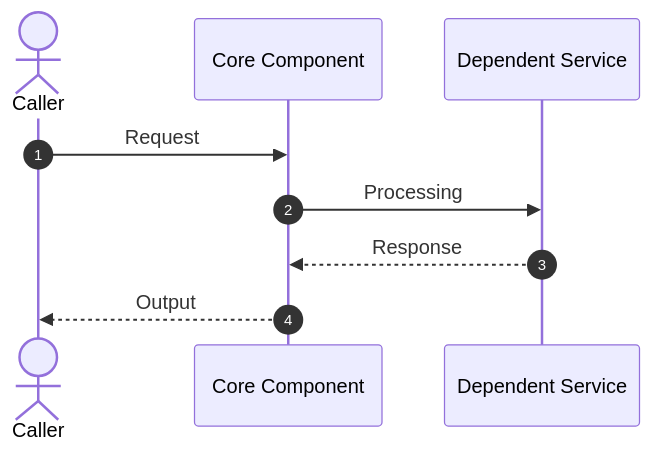
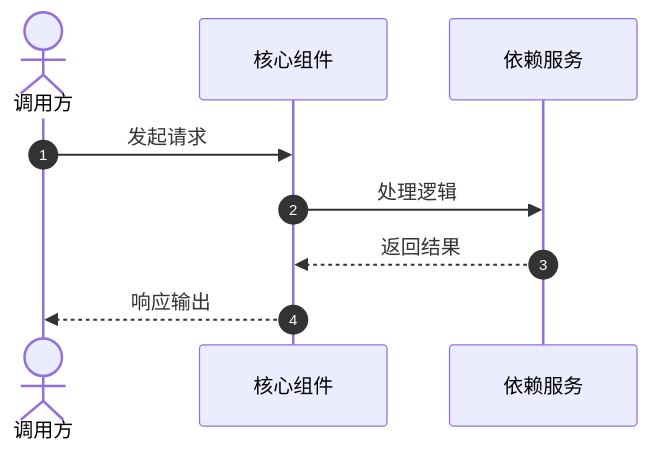
The diagram in one-code-wiki/WIKI-TEMPLATE.md (wupengbo125/one-skills), drawn with Mermaid before and after one commit. The commit also changed other lines of this file and 22 other files, not shown here.

````diff
--- a/one-code-wiki/WIKI-TEMPLATE.md
+++ b/one-code-wiki/WIKI-TEMPLATE.md
@@ -26,12 +26,12 @@
 ```mermaid
 sequenceDiagram
     autonumber
-    actor User as Caller
-    participant Core as Core Component
-    participant Service as Dependent Service
+    actor User as 调用方
+    participant Core as 核心组件
+    participant Service as 依赖服务
 
-    User->>Core: Request
-    Core->>Service: Processing
-    Service-->>Core: Response
-    Core-->>User: Output
+    User->>Core: 发起请求
+    Core->>Service: 处理逻辑
+    Service-->>Core: 返回结果
+    Core-->>User: 响应输出
 ```
````
